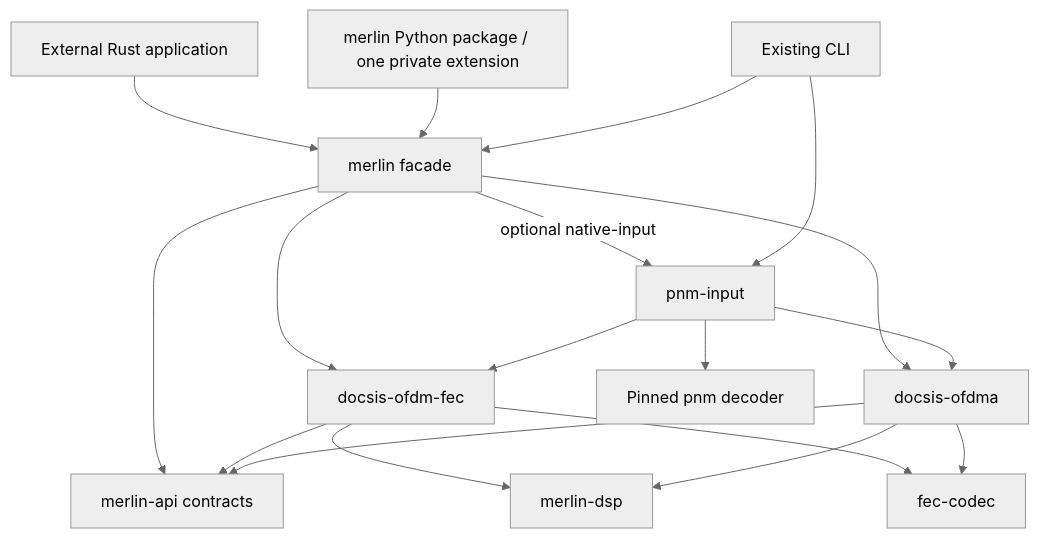
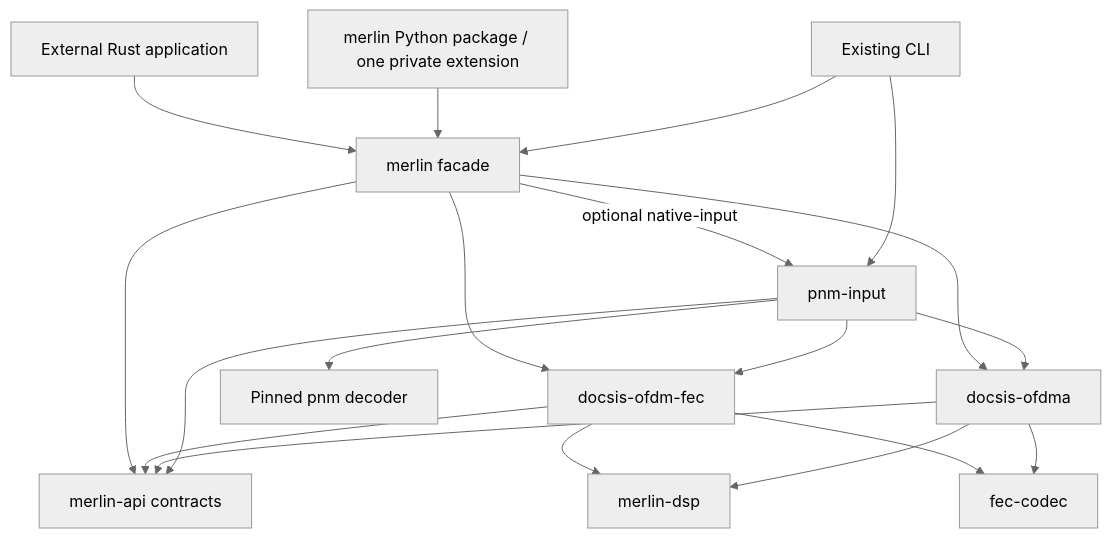
Before and after one commit to mgarcia01752/merlin: the diagram in docs/development/features/high-level-api/namespace-design.md, drawn with Mermaid (neutral theme). The commit also changed other lines of this file and 43 other files, not shown here.

````diff
--- a/docs/development/features/high-level-api/namespace-design.md
+++ b/docs/development/features/high-level-api/namespace-design.md
@@ -92,20 +92,21 @@
 ```mermaid
 flowchart TD
     USER[External Rust application] --> ROOT[merlin facade]
     PY[merlin Python package / one private extension] --> ROOT
     CLI[Existing CLI] --> ROOT
     ROOT -->|optional native-input| INPUT[pnm-input]
     CLI --> INPUT
     ROOT --> DS[docsis-ofdm-fec]
     ROOT --> US[docsis-ofdma]
     ROOT --> API[merlin-api contracts]
     DS --> API
     US --> API
     INPUT --> DS
     INPUT --> US
+    INPUT --> API
     INPUT --> PNM[Pinned pnm decoder]
     DS --> DSP[merlin-dsp]
     US --> DSP
     DS --> FEC[fec-codec]
     US --> FEC
 ```
````
